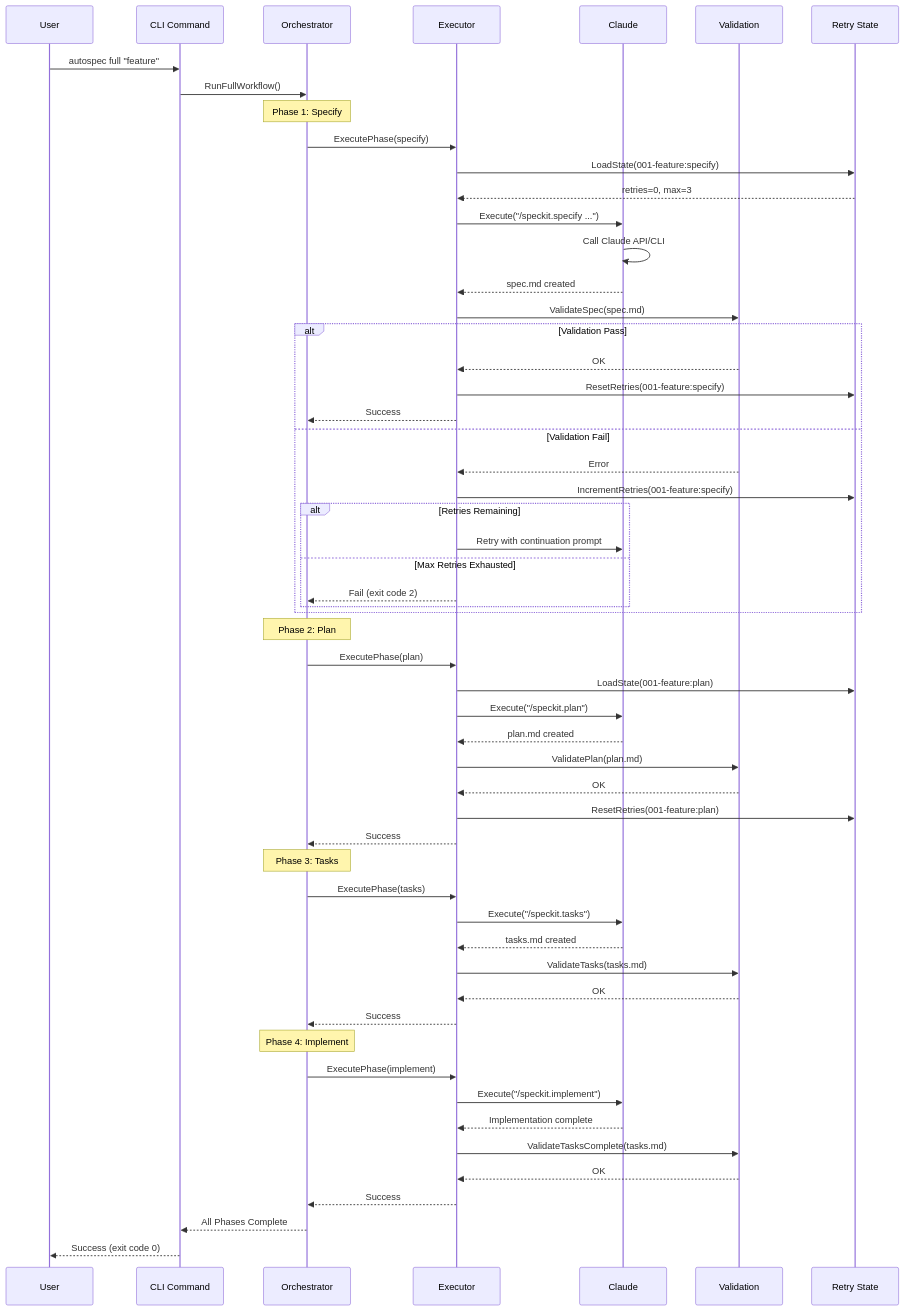
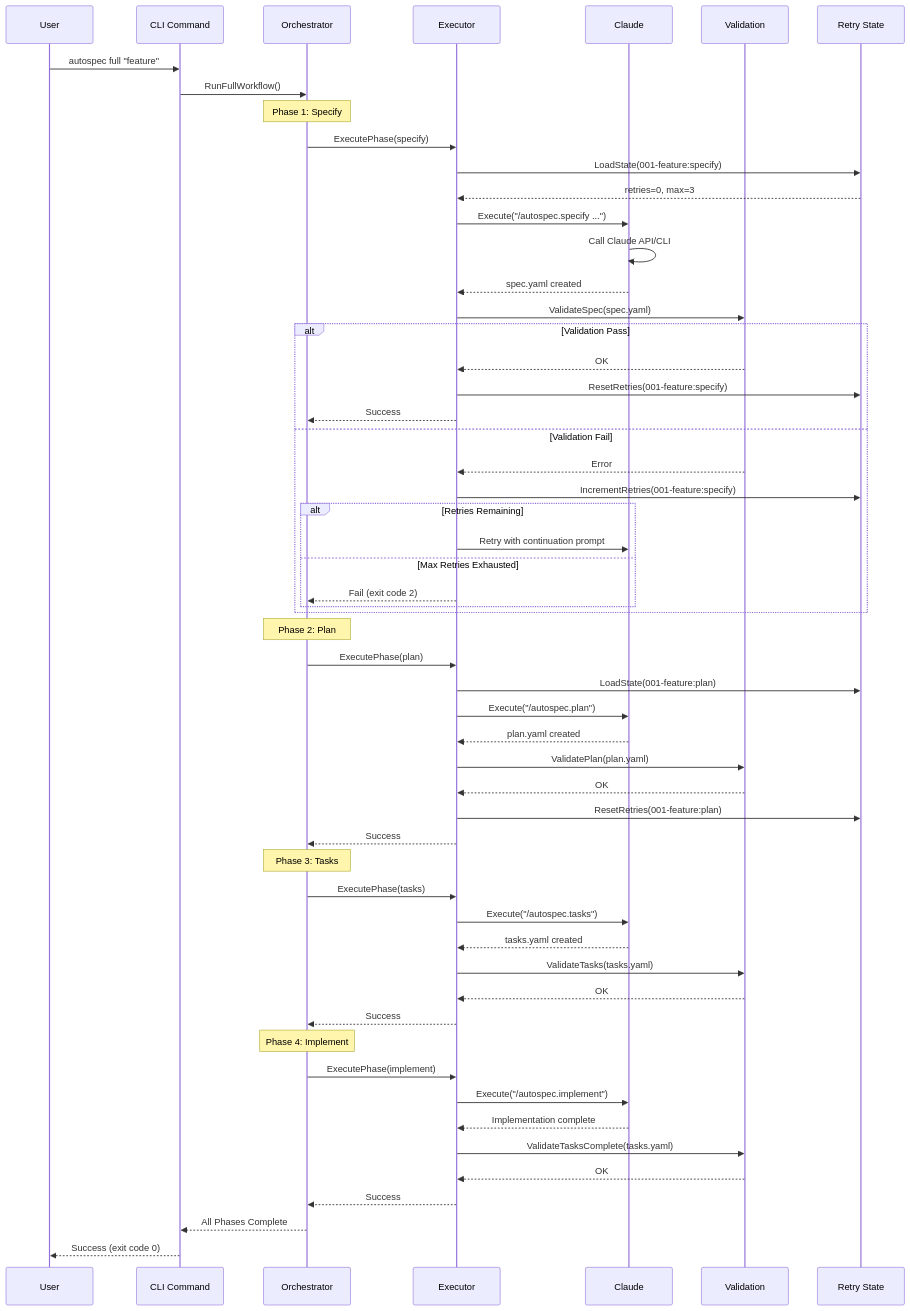
Before and after one commit to schoolboyqueue/autospec: the third of 4 diagrams in docs/architecture.md, drawn with Mermaid. The commit also changed other lines of this file, not shown here.

First line of the commit message:
docs(architecture): update documentation to reflect changes from .md to .yaml file formats and update command paths for consistency

````diff
--- a/docs/architecture.md
+++ b/docs/architecture.md
@@ -183,64 +183,64 @@
 ```mermaid
 sequenceDiagram
     participant U as User
     participant CLI as CLI Command
     participant O as Orchestrator
     participant E as Executor
     participant C as Claude
     participant V as Validation
     participant R as Retry State
 
     U->>CLI: autospec full "feature"
     CLI->>O: RunFullWorkflow()
 
     Note over O: Phase 1: Specify
     O->>E: ExecutePhase(specify)
     E->>R: LoadState(001-feature:specify)
     R-->>E: retries=0, max=3
-    E->>C: Execute("/speckit.specify ...")
+    E->>C: Execute("/autospec.specify ...")
     C->>C: Call Claude API/CLI
-    C-->>E: spec.md created
-    E->>V: ValidateSpec(spec.md)
+    C-->>E: spec.yaml created
+    E->>V: ValidateSpec(spec.yaml)
     alt Validation Pass
         V-->>E: OK
         E->>R: ResetRetries(001-feature:specify)
         E-->>O: Success
     else Validation Fail
         V-->>E: Error
         E->>R: IncrementRetries(001-feature:specify)
         alt Retries Remaining
             E->>C: Retry with continuation prompt
         else Max Retries Exhausted
             E-->>O: Fail (exit code 2)
         end
     end
 
     Note over O: Phase 2: Plan
     O->>E: ExecutePhase(plan)
     E->>R: LoadState(001-feature:plan)
-    E->>C: Execute("/speckit.plan")
-    C-->>E: plan.md created
-    E->>V: ValidatePlan(plan.md)
+    E->>C: Execute("/autospec.plan")
+    C-->>E: plan.yaml created
+    E->>V: ValidatePlan(plan.yaml)
     V-->>E: OK
     E->>R: ResetRetries(001-feature:plan)
     E-->>O: Success
 
     Note over O: Phase 3: Tasks
     O->>E: ExecutePhase(tasks)
-    E->>C: Execute("/speckit.tasks")
-    C-->>E: tasks.md created
-    E->>V: ValidateTasks(tasks.md)
+    E->>C: Execute("/autospec.tasks")
+    C-->>E: tasks.yaml created
+    E->>V: ValidateTasks(tasks.yaml)
     V-->>E: OK
     E-->>O: Success
 
     Note over O: Phase 4: Implement
     O->>E: ExecutePhase(implement)
-    E->>C: Execute("/speckit.implement")
+    E->>C: Execute("/autospec.implement")
     C-->>E: Implementation complete
-    E->>V: ValidateTasksComplete(tasks.md)
+    E->>V: ValidateTasksComplete(tasks.yaml)
     V-->>E: OK
     E-->>O: Success
 
     O-->>CLI: All Phases Complete
     CLI-->>U: Success (exit code 0)
 ```
````
